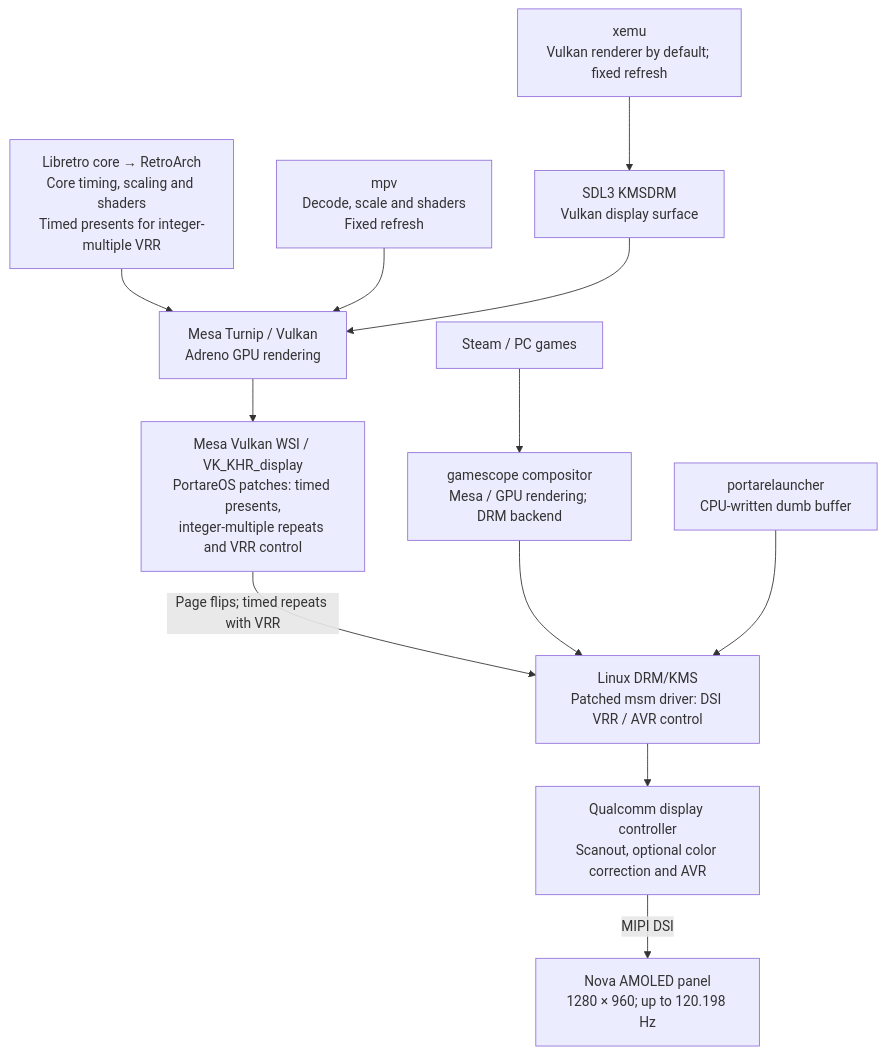
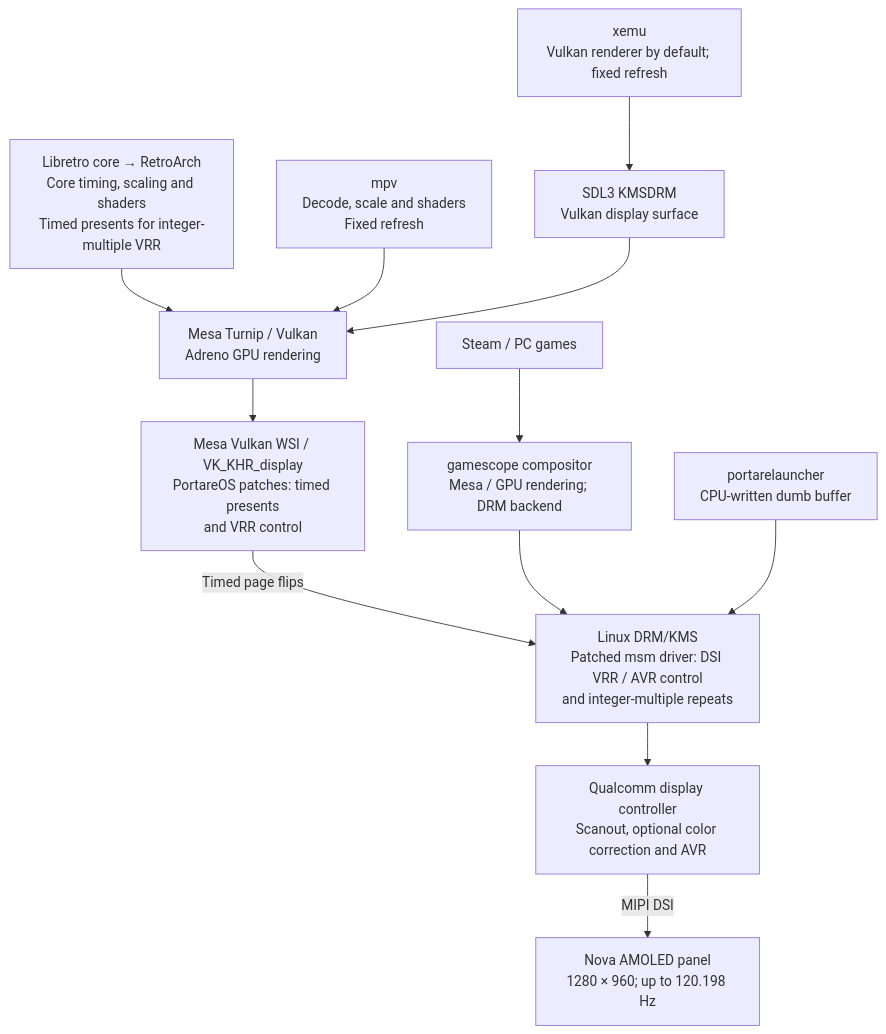
The second of 2 diagrams in README.md (portare-ch/portareos), drawn with Mermaid before and after one commit. The commit also changed other lines of this file, not shown here.

Commit message:
README: match current state, update diagram

````diff
--- a/README.md
+++ b/README.md
@@ -270,14 +270,14 @@
 ```mermaid
 flowchart TD
     RA["Libretro core → RetroArch<br/>Core timing, scaling and shaders<br/>Timed presents for integer-multiple VRR"] --> VK
     MPV["mpv<br/>Decode, scale and shaders<br/>Fixed refresh"] --> VK
     XEMU["xemu<br/>Vulkan renderer by default; fixed refresh"] --> SDL["SDL3 KMSDRM<br/>Vulkan display surface"]
     SDL --> VK
-    VK["Mesa Turnip / Vulkan<br/>Adreno GPU rendering"] --> WSI["Mesa Vulkan WSI / VK_KHR_display<br/>PortareOS patches: timed presents,<br/>integer-multiple repeats and VRR control"]
-    WSI -->|Page flips; timed repeats with VRR| KMS
+    VK["Mesa Turnip / Vulkan<br/>Adreno GPU rendering"] --> WSI["Mesa Vulkan WSI / VK_KHR_display<br/>PortareOS patches: timed presents<br/>and VRR control"]
+    WSI -->|Timed page flips| KMS
     STEAM["Steam / PC games"] --> GS["gamescope compositor<br/>Mesa / GPU rendering; DRM backend"]
     GS --> KMS
     LAUNCHER["portarelauncher<br/>CPU-written dumb buffer"] --> KMS
-    KMS["Linux DRM/KMS<br/>Patched msm driver: DSI VRR / AVR control"] --> DPU["Qualcomm display controller<br/>Scanout, optional color correction and AVR"]
+    KMS["Linux DRM/KMS<br/>Patched msm driver: DSI VRR / AVR control<br/>and integer-multiple repeats"] --> DPU["Qualcomm display controller<br/>Scanout, optional color correction and AVR"]
     DPU -->|MIPI DSI| PANEL["Nova AMOLED panel<br/>1280 × 960; up to 120.198 Hz"]
 ```
````
